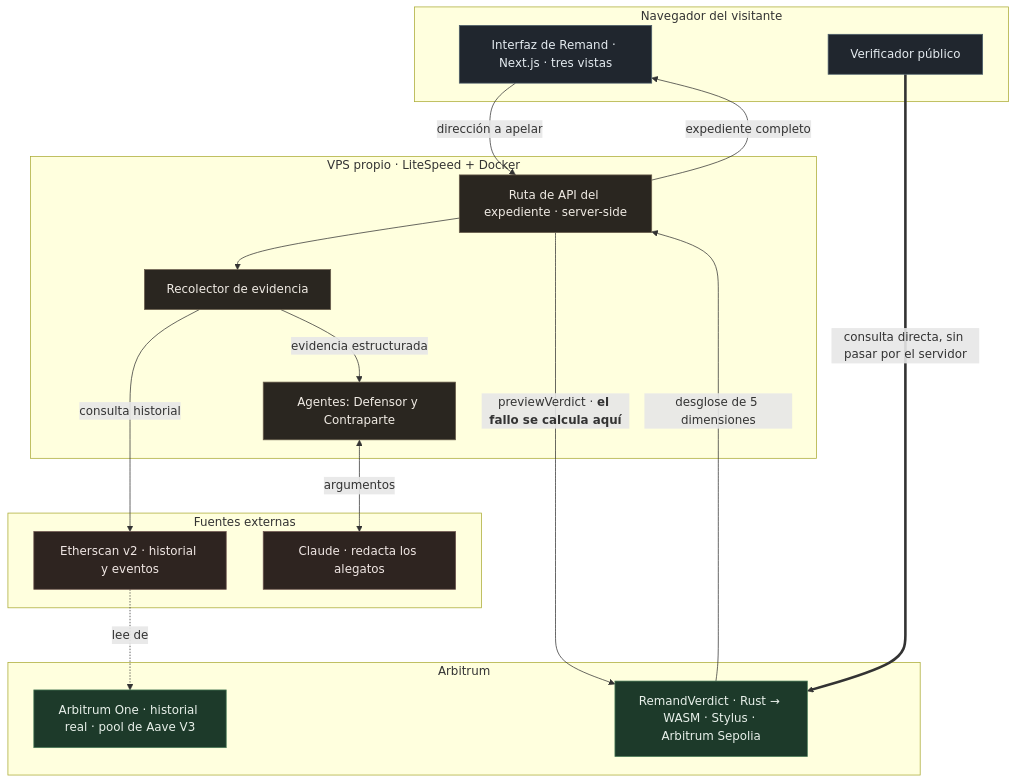
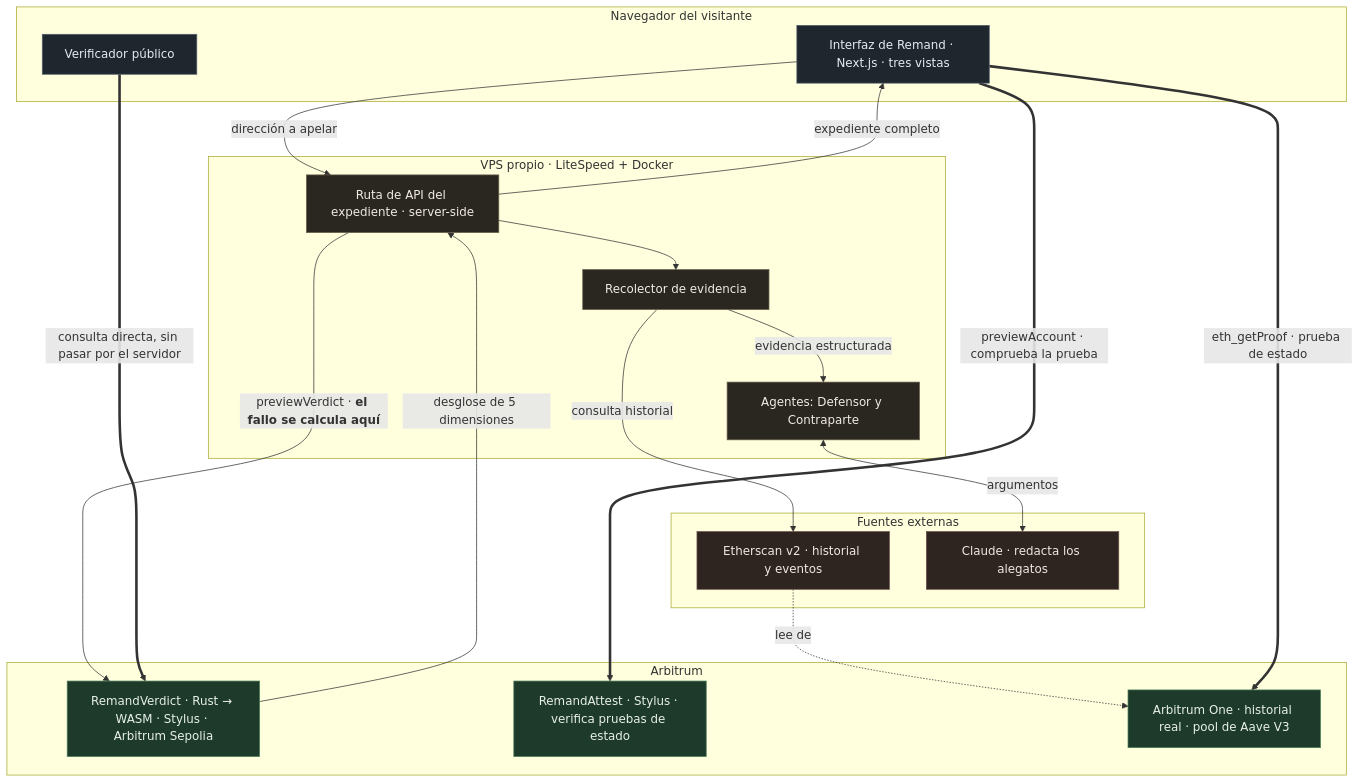
One commit to kasbsquall/remand changed the first of 6 diagrams in docs/ARCHITECTURE.md. Above: the diagram before and after it, drawn with Mermaid. The commit also changed other lines of this file, not shown here.

````diff
--- a/docs/ARCHITECTURE.md
+++ b/docs/ARCHITECTURE.md
@@ -15,44 +15,48 @@
 ```mermaid
 flowchart TB
     subgraph nav["Navegador del visitante"]
         UI["Interfaz de Remand · Next.js · tres vistas"]
         VER["Verificador público"]
     end
 
     subgraph vps["VPS propio · LiteSpeed + Docker"]
         API["Ruta de API del expediente · server-side"]
         COL["Recolector de evidencia"]
         AG["Agentes: Defensor y Contraparte"]
     end
 
     subgraph ext["Fuentes externas"]
         IDX["Etherscan v2 · historial y eventos"]
         LLM["Claude · redacta los alegatos"]
     end
 
     subgraph arb["Arbitrum"]
         SEP["RemandVerdict · Rust → WASM · Stylus · Arbitrum Sepolia"]
+        ATT["RemandAttest · Stylus · verifica pruebas de estado"]
         ONE["Arbitrum One · historial real · pool de Aave V3"]
     end
 
     UI -->|"dirección a apelar"| API
     API --> COL
     COL -->|"consulta historial"| IDX
     IDX -.->|"lee de"| ONE
     COL -->|"evidencia estructurada"| AG
     AG <-->|"argumentos"| LLM
     API -->|"previewVerdict · <b>el fallo se calcula aquí</b>"| SEP
     SEP -->|"desglose de 5 dimensiones"| API
     API -->|"expediente completo"| UI
 
     VER ==>|"consulta directa, sin pasar por el servidor"| SEP
 
+    UI ==>|"eth_getProof · prueba de estado"| ONE
+    UI ==>|"previewAccount · comprueba la prueba"| ATT
+
     classDef chain fill:#1d3a2a,stroke:#4a7c59,color:#e8f0ea
     classDef server fill:#2a2620,stroke:#6b5f4d,color:#f0ebe4
     classDef client fill:#20262e,stroke:#4d5f6b,color:#e4ebf0
     classDef external fill:#2e2420,stroke:#6b524d,color:#f0e7e4
-    class SEP,ONE chain
+    class SEP,ATT,ONE chain
     class API,COL,AG server
     class UI,VER client
     class IDX,LLM external
 ```
````
